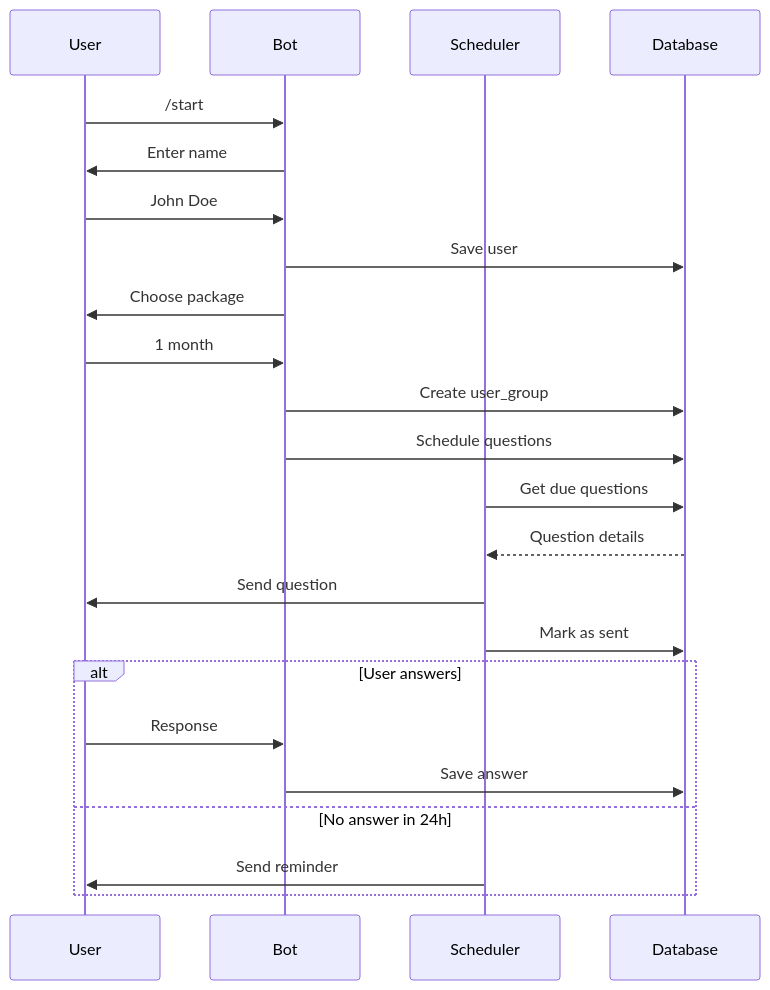
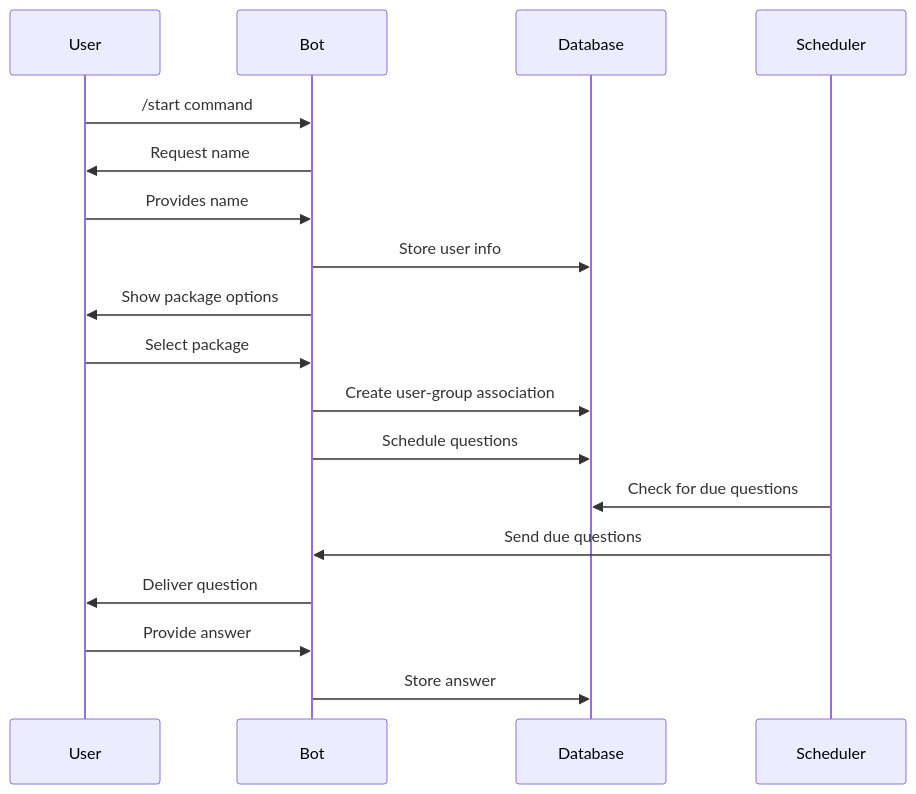
The second of 2 diagrams in README.md (SaadMakki/Telegram-reminder-bot), drawn with Mermaid before and after one commit. The commit also changed other lines of this file and 29 other files, not shown here.

````diff
--- a/README.md
+++ b/README.md
@@ -208,29 +280,21 @@
 ```mermaid
 sequenceDiagram
     participant User
     participant Bot
+    participant Database
     participant Scheduler
-    participant Database
-    
-    User->>Bot: /start
-    Bot->>User: Enter name
-    User->>Bot: John Doe
-    Bot->>Database: Save user
-    Bot->>User: Choose package
-    
-    User->>Bot: 1 month
-    Bot->>Database: Create user_group
+
+    User->>Bot: /start command
+    Bot->>User: Request name
+    User->>Bot: Provides name
+    Bot->>Database: Store user info
+    Bot->>User: Show package options
+    User->>Bot: Select package
+    Bot->>Database: Create user-group association
     Bot->>Database: Schedule questions
-    
-    Scheduler->>Database: Get due questions
-    Database-->>Scheduler: Question details
-    Scheduler->>User: Send question
-    Scheduler->>Database: Mark as sent
-    
-    alt User answers
-        User->>Bot: Response
-        Bot->>Database: Save answer
-    else No answer in 24h
-        Scheduler->>User: Send reminder
-    end
+    Scheduler->>Database: Check for due questions
+    Scheduler->>Bot: Send due questions
+    Bot->>User: Deliver question
+    User->>Bot: Provide answer
+    Bot->>Database: Store answer
 ```
````
